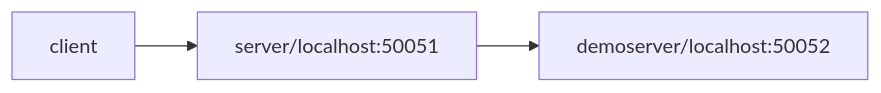
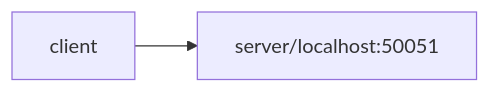
One commit to Azure/mygreeterv3-demo changed the diagram in README.md. Above: the diagram before and after it, drawn with Mermaid. The commit also changed other lines of this file and 11 other files, not shown here.

````diff
--- a/README.md
+++ b/README.md
@@ -143,5 +118,4 @@
 ```mermaid
 graph LR;
 client-->server/localhost:50051;
-server/localhost:50051-->demoserver/localhost:50052;
 ```
````
